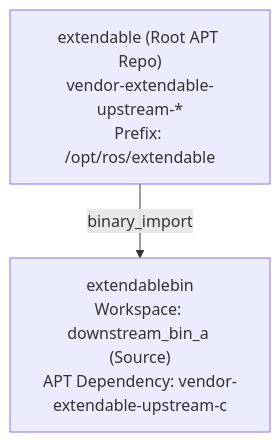
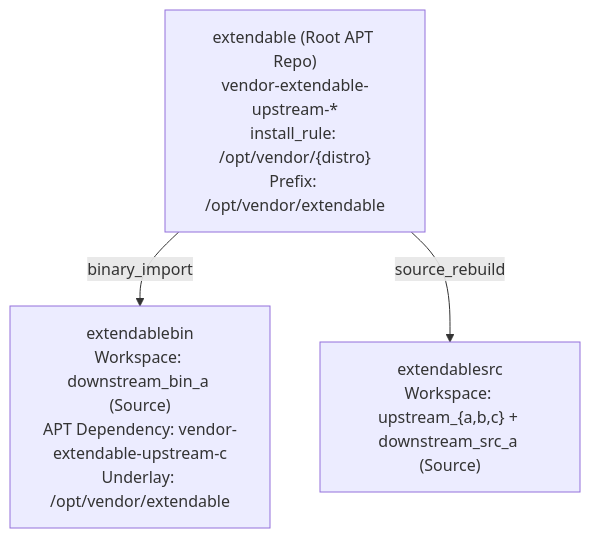
One commit to KmoM88/rep159-testing changed the second of 9 diagrams in TOPOLOGICAL_TESTING_EVIDENCE_GIST.md. Above: the diagram before and after it, drawn with Mermaid. The commit also changed other lines of this file and 2 other files, not shown here.

Commit message:
docs(stage2): add /opt/vendor/extendable remote testfarm builds, repo artifacts, and log evidence

````diff
--- a/TOPOLOGICAL_TESTING_EVIDENCE_GIST.md
+++ b/TOPOLOGICAL_TESTING_EVIDENCE_GIST.md
@@ -124,4 +124,5 @@
 ```mermaid
 graph TD
-    E1["extendable (Root APT Repo)<br/>vendor-extendable-upstream-*<br/>Prefix: /opt/ros/extendable"] -->|binary_import| EB1["extendablebin<br/>Workspace: downstream_bin_a (Source)<br/>APT Dependency: vendor-extendable-upstream-c"]
+    E1["extendable (Root APT Repo)<br/>vendor-extendable-upstream-*<br/>install_rule: /opt/vendor/{distro}<br/>Prefix: /opt/vendor/extendable"] -->|binary_import| EB1["extendablebin<br/>Workspace: downstream_bin_a (Source)<br/>APT Dependency: vendor-extendable-upstream-c<br/>Underlay: /opt/vendor/extendable"]
+    E1 -->|source_rebuild| ES1["extendablesrc<br/>Workspace: upstream_{a,b,c} + downstream_src_a (Source)"]
 ```
````
